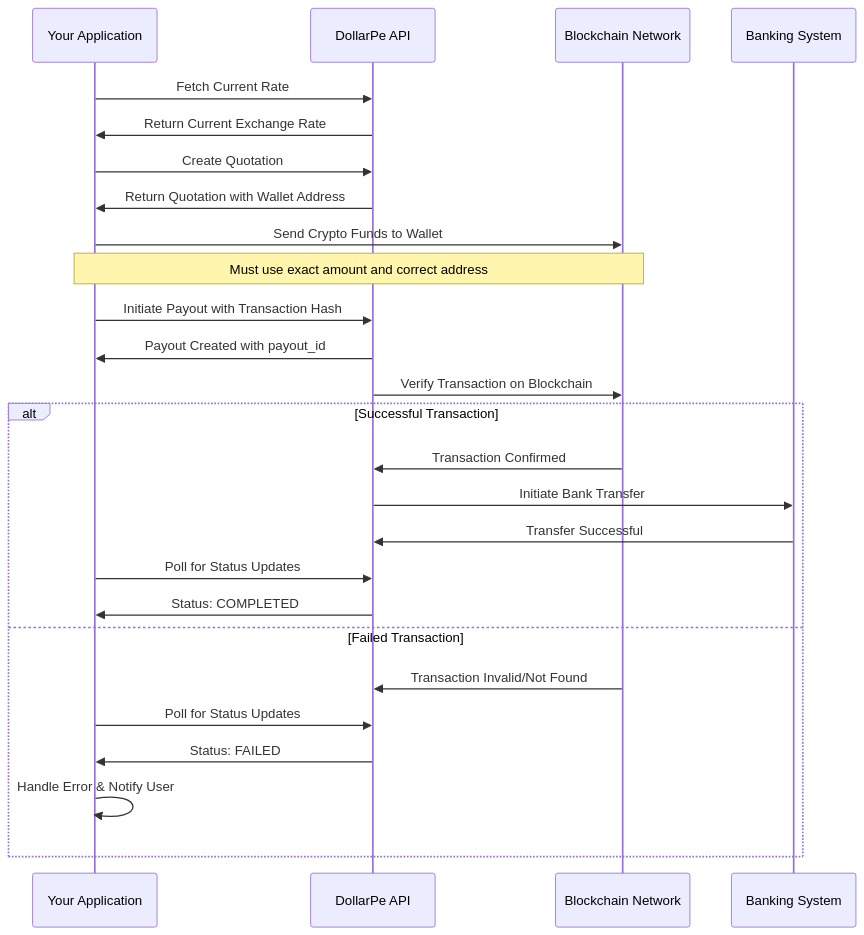
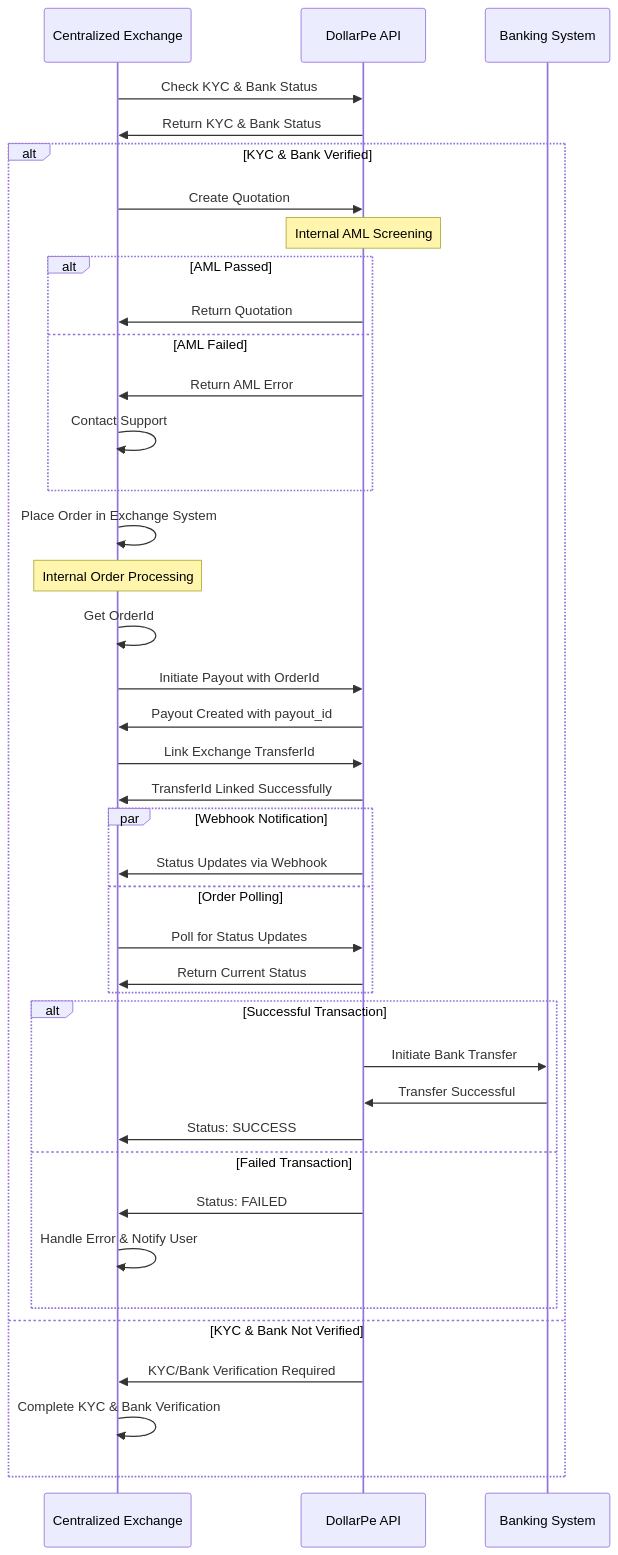
One commit to DollarPe-Infra/docs changed the second of 2 diagrams in api-reference-exchange/integration-guides/payout-integration-guide.mdx. Above: the diagram before and after it, drawn with Mermaid. The commit also changed other lines of this file and 4 other files, not shown here.

````diff
--- a/api-reference-exchange/integration-guides/payout-integration-guide.mdx
+++ b/api-reference-exchange/integration-guides/payout-integration-guide.mdx
@@ -89,33 +95,49 @@
 ```mermaid
 sequenceDiagram
-    participant App as Your Application
+    participant Exchange as Centralized Exchange
     participant API as DollarPe API
-    participant Blockchain as Blockchain Network
     participant Bank as Banking System
-    
-    App->>API: Fetch Current Rate
-    API->>App: Return Current Exchange Rate
-    
-    App->>API: Create Quotation
-    API->>App: Return Quotation with Wallet Address
-    
-    App->>Blockchain: Send Crypto Funds to Wallet
-    Note over App,Blockchain: Must use exact amount and correct address
-    
-    App->>API: Initiate Payout with Transaction Hash
-    API->>App: Payout Created with payout_id
-    API->>Blockchain: Verify Transaction on Blockchain
-    
-    alt Successful Transaction
-        Blockchain->>API: Transaction Confirmed
-        API->>Bank: Initiate Bank Transfer
-        Bank->>API: Transfer Successful
-        App->>API: Poll for Status Updates
-        API->>App: Status: COMPLETED
-    else Failed Transaction
-        Blockchain->>API: Transaction Invalid/Not Found
-        App->>API: Poll for Status Updates
-        API->>App: Status: FAILED
-        App->>App: Handle Error & Notify User
+
+    Exchange->>API: Check KYC & Bank Status
+    API->>Exchange: Return KYC & Bank Status
+
+    alt KYC & Bank Verified
+        Exchange->>API: Create Quotation
+        Note over API: Internal AML Screening
+        alt AML Passed
+            API->>Exchange: Return Quotation
+        else AML Failed
+            API->>Exchange: Return AML Error
+            Exchange->>Exchange: Contact Support
+        end
+
+        Exchange->>Exchange: Place Order in Exchange System
+        Note over Exchange: Internal Order Processing
+        Exchange->>Exchange: Get OrderId
+
+        Exchange->>API: Initiate Payout with OrderId
+        API->>Exchange: Payout Created with payout_id
+
+        Exchange->>API: Link Exchange TransferId
+        API->>Exchange: TransferId Linked Successfully
+
+        par Webhook Notification
+            API->>Exchange: Status Updates via Webhook
+        and Order Polling
+            Exchange->>API: Poll for Status Updates
+            API->>Exchange: Return Current Status
+        end
+
+        alt Successful Transaction
+            API->>Bank: Initiate Bank Transfer
+            Bank->>API: Transfer Successful
+            API->>Exchange: Status: SUCCESS
+        else Failed Transaction
+            API->>Exchange: Status: FAILED
+            Exchange->>Exchange: Handle Error & Notify User
+        end
+    else KYC & Bank Not Verified
+        API->>Exchange: KYC/Bank Verification Required
+        Exchange->>Exchange: Complete KYC & Bank Verification
     end
 ```
````
